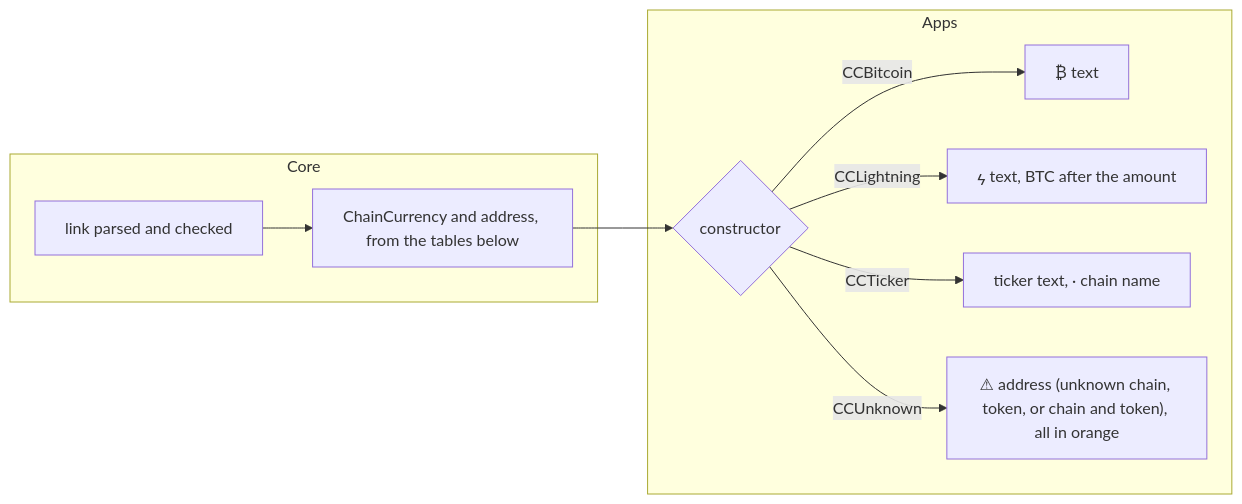
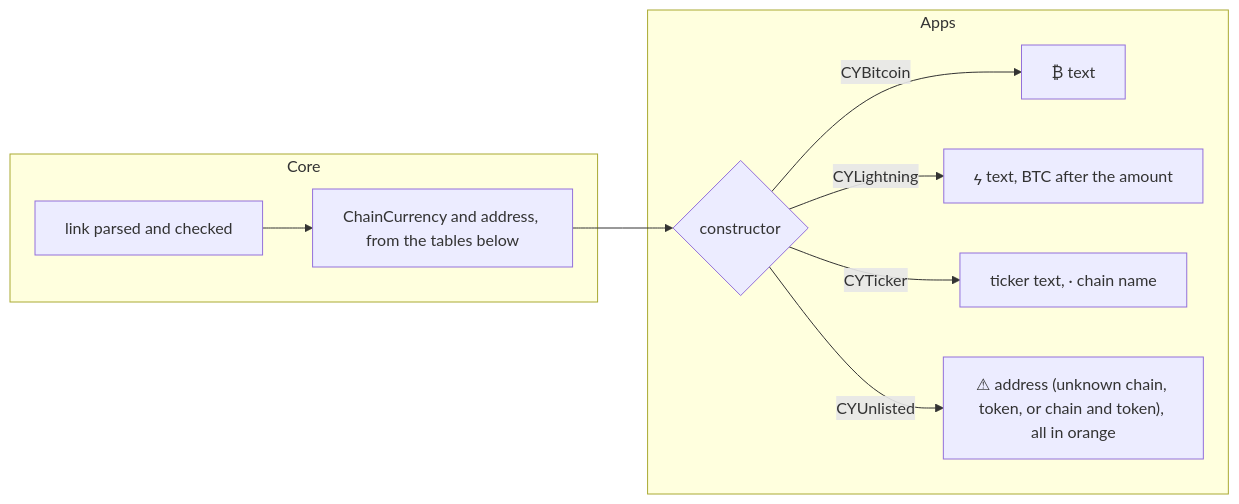
One commit to simplex-chat/simplex-chat changed the fourth of 9 diagrams in plans/2026-11-22-payment-addresses.md. Above: the diagram before and after it, drawn with Mermaid. The commit also changed other lines of this file, not shown here.

Commit message:
core: chain addresses plan with Flux Sapling, address-like labels, names

````diff
--- a/plans/2026-11-22-payment-addresses.md
+++ b/plans/2026-11-22-payment-addresses.md
@@ -527,13 +551,13 @@
 ```mermaid
 flowchart LR
   subgraph Core
     P["link parsed and checked"] --> R["ChainCurrency and address, from the tables below"]
   end
   subgraph Apps
     R --> K{"constructor"}
-    K -->|CCBitcoin| B["₿ text"]
-    K -->|CCLightning| N["ϟ text, BTC after the amount"]
-    K -->|CCTicker| T["ticker text, · chain name"]
-    K -->|CCUnknown| Q["⚠ address (unknown chain, token, or chain and token), all in orange"]
+    K -->|CYBitcoin| B["₿ text"]
+    K -->|CYLightning| N["ϟ text, BTC after the amount"]
+    K -->|CYTicker| T["ticker text, · chain name"]
+    K -->|CYUnlisted| Q["⚠ address (unknown chain, token, or chain and token), all in orange"]
   end
 ```
````
